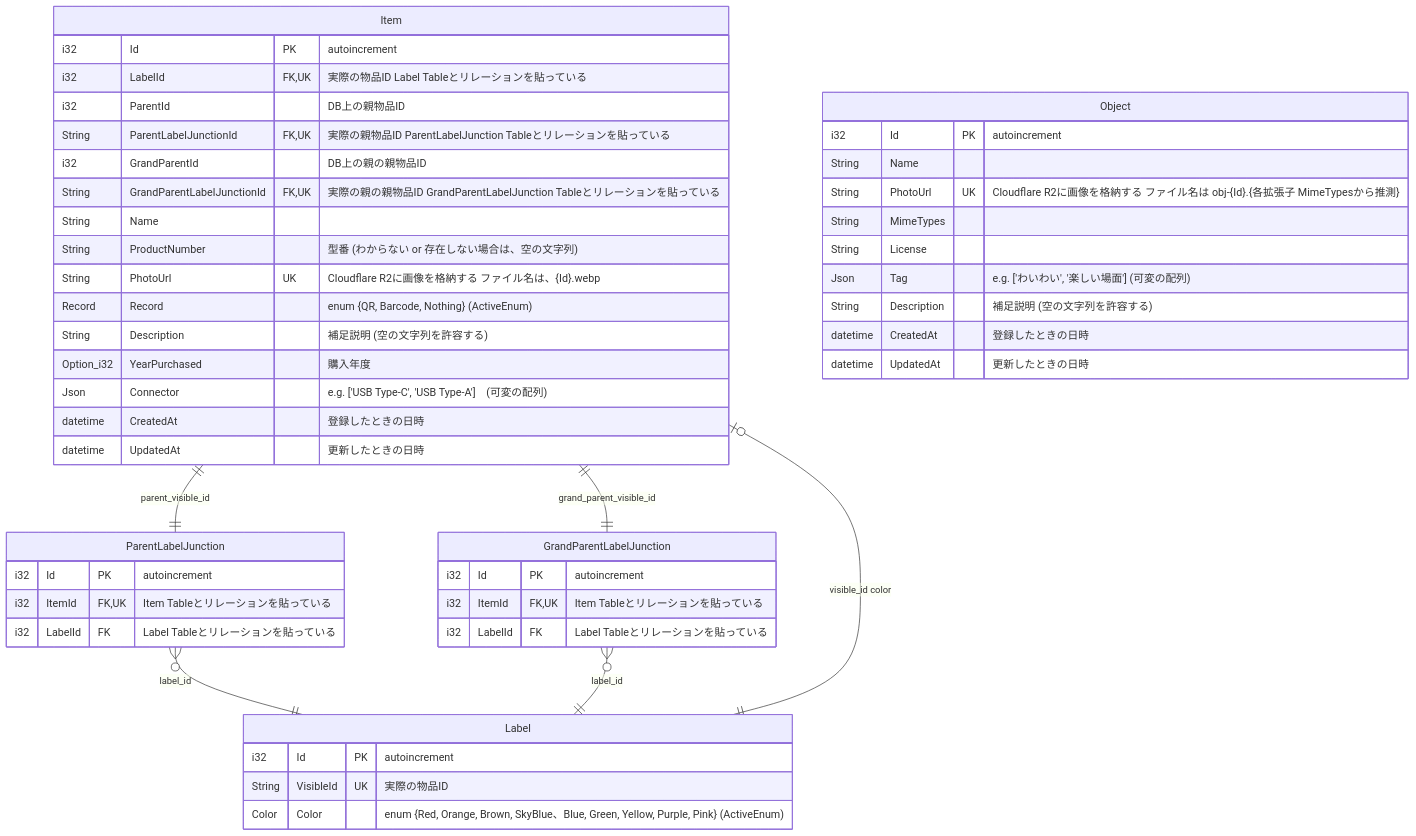
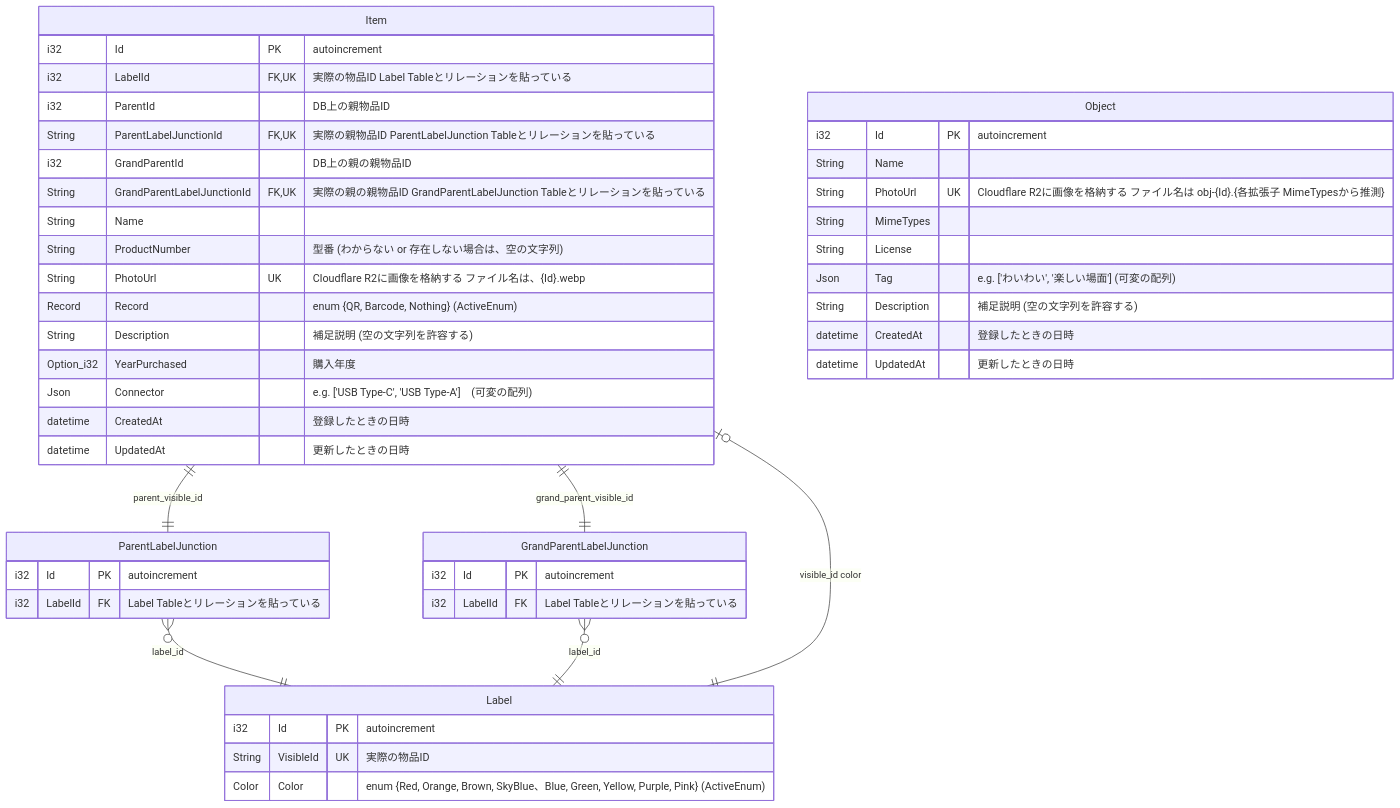
Before and after one commit to Myxogastria0808/DashiShoyu: the first of 2 diagrams in README.md, drawn with Mermaid. The commit also changed 28 other files, not shown here.

````diff
--- a/README.md
+++ b/README.md
@@ -190,52 +190,50 @@
 ```mermaid
 erDiagram
     Item ||--|| ParentLabelJunction : "parent_visible_id"
     Item ||--|| GrandParentLabelJunction : "grand_parent_visible_id"
     ParentLabelJunction }o--|| Label : "label_id"
     GrandParentLabelJunction }o--|| Label : "label_id"
     Item |o--|| Label : "visible_id color"
     Item {
         i32 Id PK "autoincrement"
         i32 LabelId FK, UK "実際の物品ID Label Tableとリレーションを貼っている"
         i32 ParentId "DB上の親物品ID"
         String ParentLabelJunctionId FK, UK "実際の親物品ID ParentLabelJunction Tableとリレーションを貼っている"
         i32 GrandParentId "DB上の親の親物品ID"
         String GrandParentLabelJunctionId FK, UK "実際の親の親物品ID GrandParentLabelJunction Tableとリレーションを貼っている"
         String Name
         String ProductNumber "型番 (わからない or 存在しない場合は、空の文字列)"
         String PhotoUrl UK "Cloudflare R2に画像を格納する ファイル名は、{Id}.webp"
         Record Record "enum {QR, Barcode, Nothing} (ActiveEnum)"
         String Description　"補足説明 (空の文字列を許容する)"
         Option_i32 YearPurchased "購入年度"
         Json Connector　"e.g. ['USB Type-C', 'USB Type-A']　(可変の配列)"
         datetime CreatedAt "登録したときの日時"
         datetime UpdatedAt "更新したときの日時"
     }
     ParentLabelJunction {
         i32 Id PK "autoincrement"
-        i32 ItemId FK, UK "Item Tableとリレーションを貼っている"
         i32 LabelId FK "Label Tableとリレーションを貼っている"
     }
     GrandParentLabelJunction {
         i32 Id PK "autoincrement"
-        i32 ItemId FK, UK "Item Tableとリレーションを貼っている"
         i32 LabelId FK "Label Tableとリレーションを貼っている"
     }
     Label {
         i32 Id PK "autoincrement"
         String VisibleId UK "実際の物品ID"
         Color Color "enum {Red, Orange, Brown, SkyBlue、Blue, Green, Yellow, Purple, Pink} (ActiveEnum)"
     }
 
     Object {
         i32 Id PK "autoincrement"
         String Name
         String PhotoUrl UK "Cloudflare R2に画像を格納する ファイル名は obj-{Id}.{各拡張子 MimeTypesから推測}"
         String MimeTypes
         String License
         Json Tag "e.g. ['わいわい', '楽しい場面'] (可変の配列)"
         String Description "補足説明 (空の文字列を許容する)"
         datetime CreatedAt "登録したときの日時"
         datetime UpdatedAt "更新したときの日時"
     }
 ```
````
